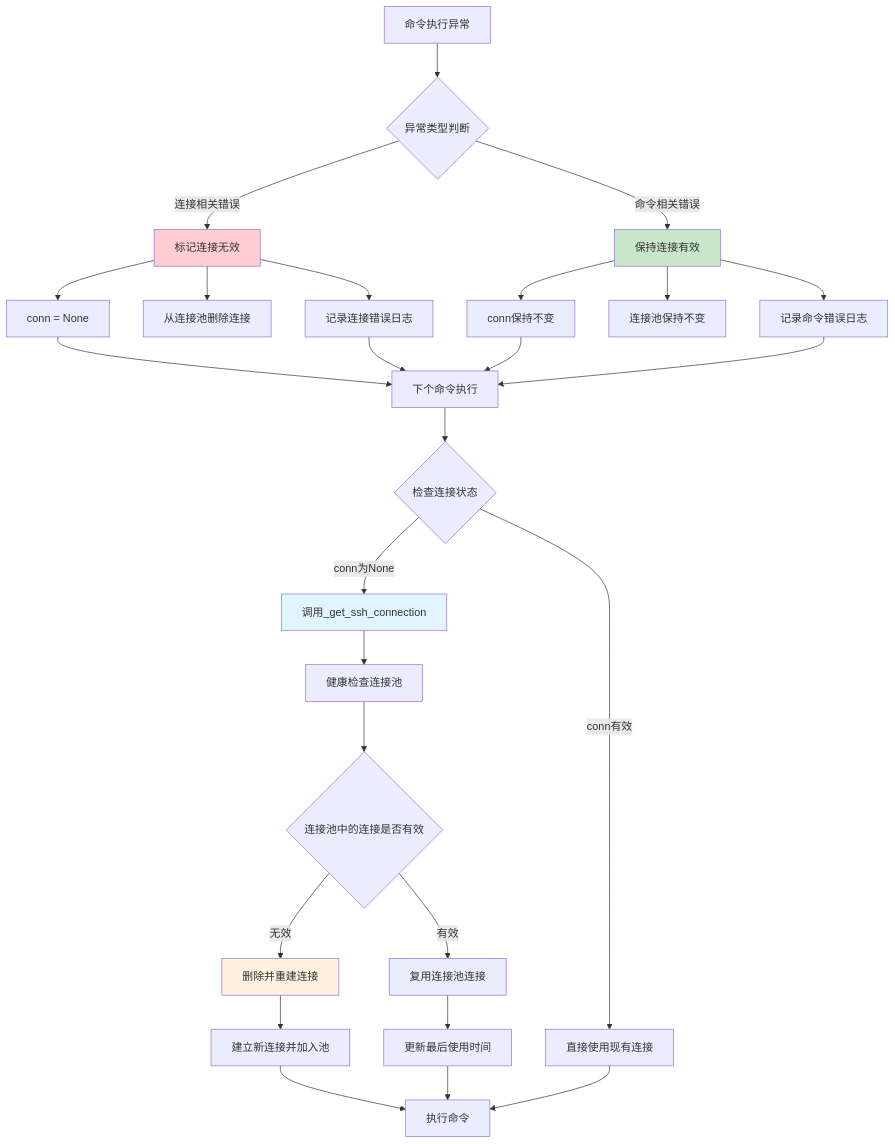
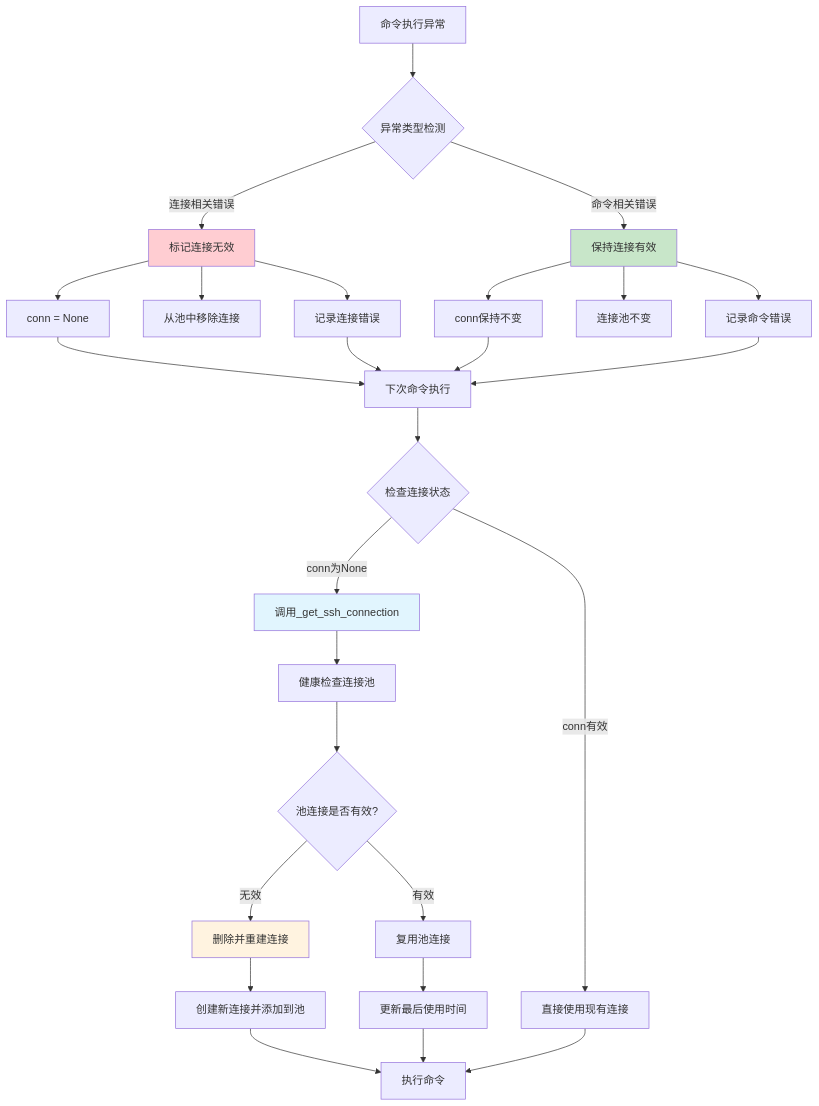
The tenth of 10 diagrams in README_CN.md (GmoneyLtd/hwatch), drawn with Mermaid before and after one commit. The commit also changed other lines of this file and 1 other file, not shown here.

````diff
--- a/README_CN.md
+++ b/README_CN.md
@@ -1256,43 +1193,43 @@
 ```mermaid
 graph TB
-    A[命令执行异常] --> B{异常类型判断}
+    A[命令执行异常] --> B{异常类型检测}
     
     B -->|连接相关错误| C[标记连接无效]
     B -->|命令相关错误| D[保持连接有效]
     
     C --> E[conn = None]
-    C --> F[从连接池删除连接]
-    C --> G[记录连接错误日志]
+    C --> F[从池中移除连接]
+    C --> G[记录连接错误]
     
     D --> H[conn保持不变]
-    D --> I[连接池保持不变]
-    D --> J[记录命令错误日志]
+    D --> I[连接池不变]
+    D --> J[记录命令错误]
     
-    E --> K[下个命令执行]
+    E --> K[下次命令执行]
     G --> K
     H --> K
     J --> K
     
     K --> L{检查连接状态}
     
     L -->|conn为None| M[调用_get_ssh_connection]
     L -->|conn有效| N[直接使用现有连接]
     
     M --> O[健康检查连接池]
-    O --> P{连接池中的连接是否有效}
+    O --> P{池连接是否有效?}
     
     P -->|无效| Q[删除并重建连接]
-    P -->|有效| R[复用连接池连接]
+    P -->|有效| R[复用池连接]
     
-    Q --> S[建立新连接并加入池]
+    Q --> S[创建新连接并添加到池]
     R --> T[更新最后使用时间]
     
     S --> U[执行命令]
     T --> U
     N --> U
     
     style C fill:#ffcdd2
     style D fill:#c8e6c9
     style M fill:#e1f5fe
     style Q fill:#fff3e0
 ```
````
